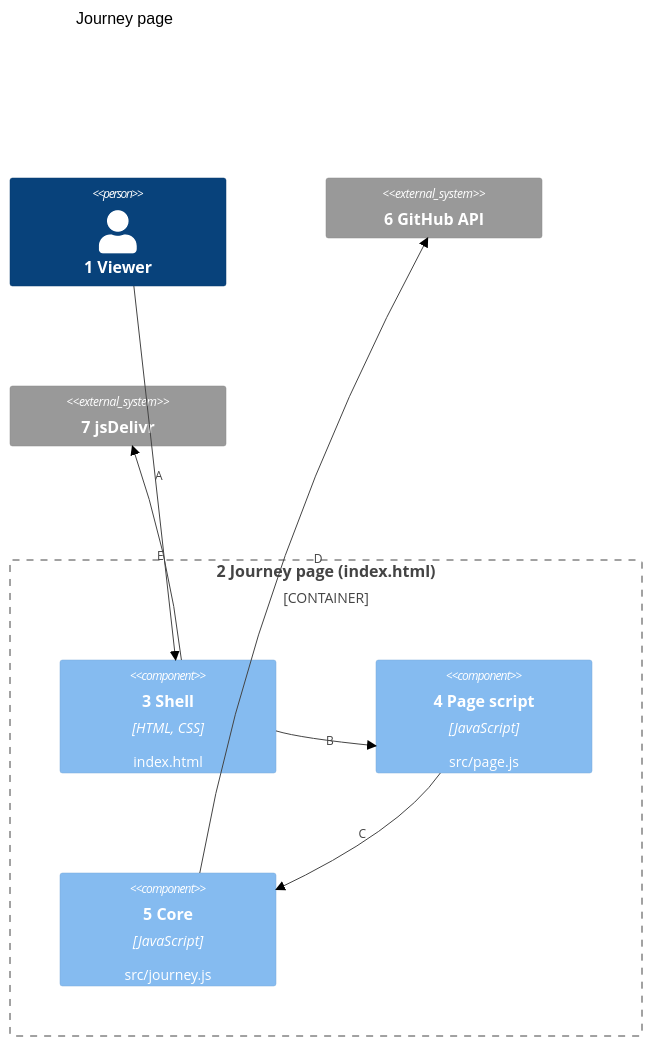
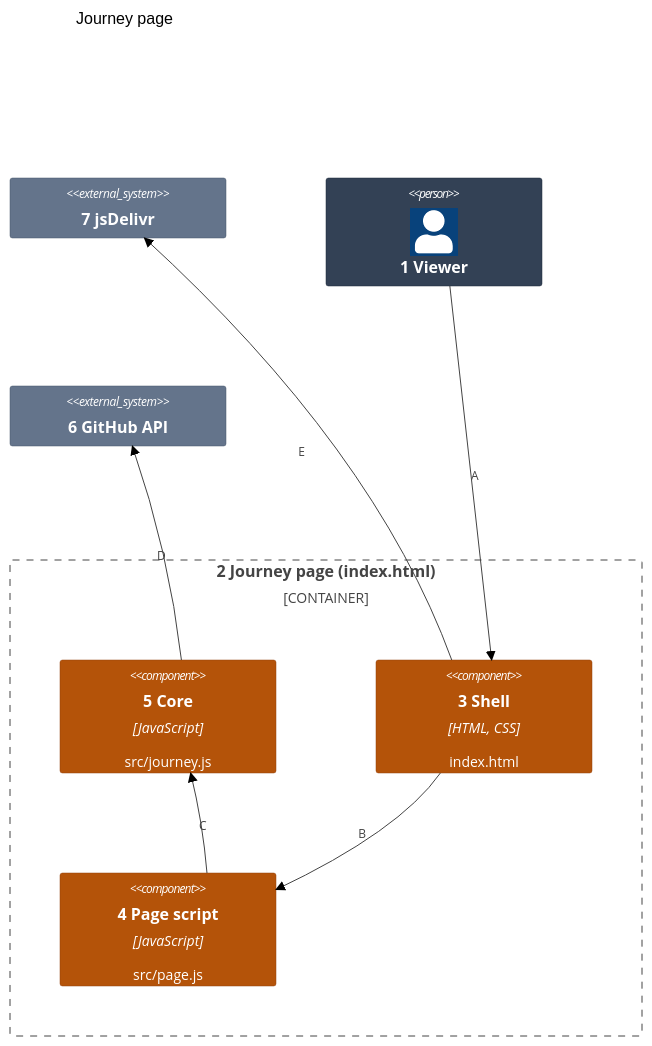
Before and after one commit to may-journal/journey: the first of 2 diagrams in docs/architecture/03-components.md, drawn with Mermaid (neutral theme). The commit also changed other lines of this file and 4 other files, not shown here.

First line of the commit message:
docs(architecture): draw each view in its level's form and palette (#17)

````diff
--- a/docs/architecture/03-components.md
+++ b/docs/architecture/03-components.md
@@ -7,21 +7,27 @@
 ```mermaid
 C4Component
     title Journey page
 
+    System_Ext(cdn, "7 jsDelivr")
     Person(viewer, "1 Viewer")
+    System_Ext(github, "6 GitHub API")
 
     Container_Boundary(page, "2 Journey page (index.html)") {
+        Component(core, "5 Core", "JavaScript", "src/journey.js")
         Component(shell, "3 Shell", "HTML, CSS", "index.html")
         Component(screen, "4 Page script", "JavaScript", "src/page.js")
-        Component(core, "5 Core", "JavaScript", "src/journey.js")
     }
-
-    System_Ext(github, "6 GitHub API")
-    System_Ext(cdn, "7 jsDelivr")
 
     Rel(viewer, shell, "A")
     Rel(shell, screen, "B")
     Rel(screen, core, "C")
     Rel(core, github, "D")
     Rel(shell, cdn, "E")
+
+    UpdateElementStyle(viewer, $bgColor="#334155", $borderColor="#1e293b", $fontColor="#ffffff")
+    UpdateElementStyle(shell, $bgColor="#b45309", $borderColor="#92400e", $fontColor="#ffffff")
+    UpdateElementStyle(screen, $bgColor="#b45309", $borderColor="#92400e", $fontColor="#ffffff")
+    UpdateElementStyle(core, $bgColor="#b45309", $borderColor="#92400e", $fontColor="#ffffff")
+    UpdateElementStyle(github, $bgColor="#64748b", $borderColor="#475569", $fontColor="#ffffff")
+    UpdateElementStyle(cdn, $bgColor="#64748b", $borderColor="#475569", $fontColor="#ffffff")
 ```
````
